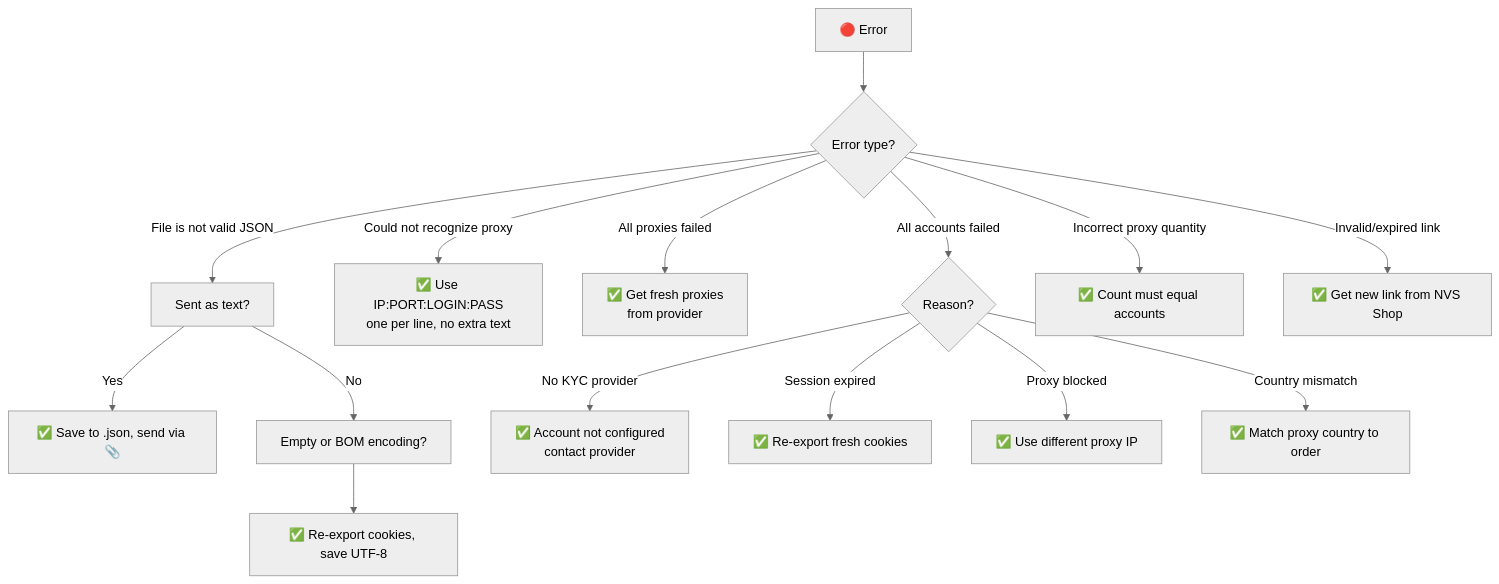
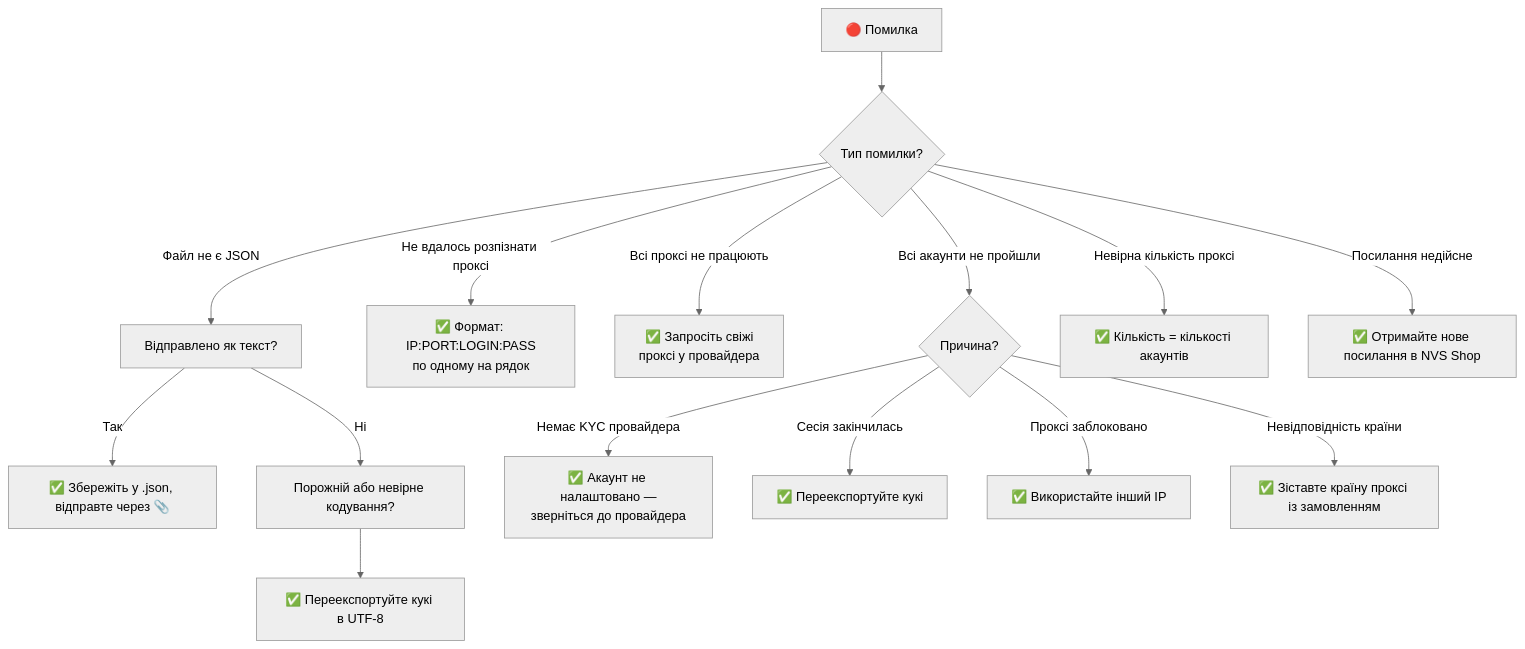
One commit to AutoPilotSoftware/docs changed the seventh of 8 diagrams in src/content/docs/ua/pilot-faq.md. Above: the diagram before and after it, drawn with Mermaid (neutral theme). The commit also changed other lines of this file and 2 other files, not shown here.

First line of the commit message:
Simplify and localize all pilot-faq diagrams across RU/EN/UA

````diff
--- a/src/content/docs/ua/pilot-faq.md
+++ b/src/content/docs/ua/pilot-faq.md
@@ -429,22 +421,22 @@
 ```mermaid
 flowchart TD
-    ERR["🔴 Error"] --> T{"Error type?"}
+    ERR["🔴 Помилка"] --> T{"Тип помилки?"}
 
-    T -->|"File is not valid JSON"| J1["Sent as text?"]
-    J1 -->|Yes| J1F["✅ Save to .json, send via 📎"]
-    J1 -->|No| J2["Empty or BOM encoding?"]
-    J2 --> J2F["✅ Re-export cookies, save UTF-8"]
+    T -->|"Файл не є JSON"| J1["Відправлено як текст?"]
+    J1 -->|Так| J1F["✅ Збережіть у .json, відправте через 📎"]
+    J1 -->|Ні| J2["Порожній або невірне кодування?"]
+    J2 --> J2F["✅ Переекспортуйте кукі в UTF-8"]
 
-    T -->|"Could not recognize proxy"| P1["✅ Use IP:PORT:LOGIN:PASS\none per line, no extra text"]
+    T -->|"Не вдалось розпізнати проксі"| P1["✅ Формат: IP:PORT:LOGIN:PASS\nпо одному на рядок"]
 
-    T -->|"All proxies failed"| P2["✅ Get fresh proxies\nfrom provider"]
+    T -->|"Всі проксі не працюють"| P2["✅ Запросіть свіжі\nпроксі у провайдера"]
 
-    T -->|"All accounts failed"| A1{"Reason?"}
-    A1 -->|"No KYC provider"| A1F["✅ Account not configured\ncontact provider"]
-    A1 -->|"Session expired"| A2F["✅ Re-export fresh cookies"]
-    A1 -->|"Proxy blocked"| A3F["✅ Use different proxy IP"]
-    A1 -->|"Country mismatch"| A4F["✅ Match proxy country to order"]
+    T -->|"Всі акаунти не пройшли"| A1{"Причина?"}
+    A1 -->|"Немає KYC провайдера"| A1F["✅ Акаунт не налаштовано —\nзверніться до провайдера"]
+    A1 -->|"Сесія закінчилась"| A2F["✅ Переекспортуйте кукі"]
+    A1 -->|"Проксі заблоковано"| A3F["✅ Використайте інший IP"]
+    A1 -->|"Невідповідність країни"| A4F["✅ Зіставте країну проксі із замовленням"]
 
-    T -->|"Incorrect proxy quantity"| Q1["✅ Count must equal accounts"]
-    T -->|"Invalid/expired link"| L1["✅ Get new link from NVS Shop"]
+    T -->|"Невірна кількість проксі"| Q1["✅ Кількість = кількості акаунтів"]
+    T -->|"Посилання недійсне"| L1["✅ Отримайте нове посилання в NVS Shop"]
 ```
````
